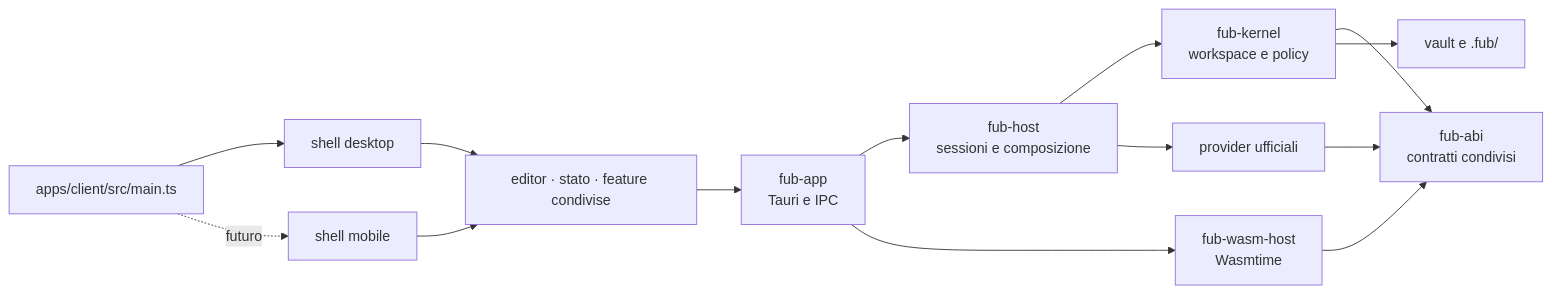
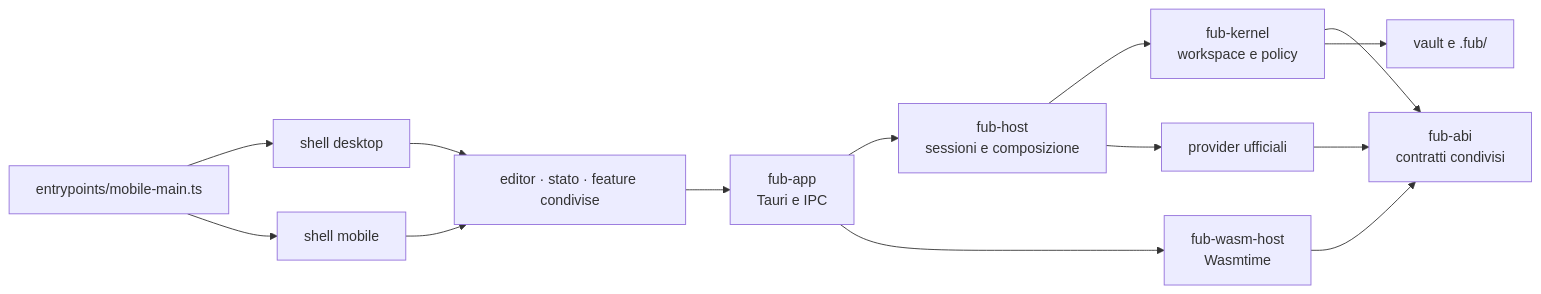
Before and after one commit to Fubeo/Fub: the diagram in README.md, drawn with Mermaid. The commit also changed other lines of this file and 31 other files, not shown here.

````diff
--- a/README.md
+++ b/README.md
@@ -15,16 +15,16 @@
 ```mermaid
 flowchart LR
     ENTRY["apps/client/src/main.ts"] --> DESKTOP["shell desktop"]
-    ENTRY -. futuro .-> MOBILE["shell mobile"]
+    ENTRY["entrypoints/mobile-main.ts"] --> MOBILE["shell mobile"]
     DESKTOP --> SHARED["editor · stato · feature condivise"]
     MOBILE --> SHARED
     SHARED --> APP["fub-app<br/>Tauri e IPC"]
     APP --> HOST["fub-host<br/>sessioni e composizione"]
     APP --> WASM["fub-wasm-host<br/>Wasmtime"]
     HOST --> KERNEL["fub-kernel<br/>workspace e policy"]
     HOST --> PROVIDERS["provider ufficiali"]
     KERNEL --> ABI["fub-abi<br/>contratti condivisi"]
     PROVIDERS --> ABI
     WASM --> ABI
     KERNEL --> DISK["vault e .fub/"]
 ```
````
